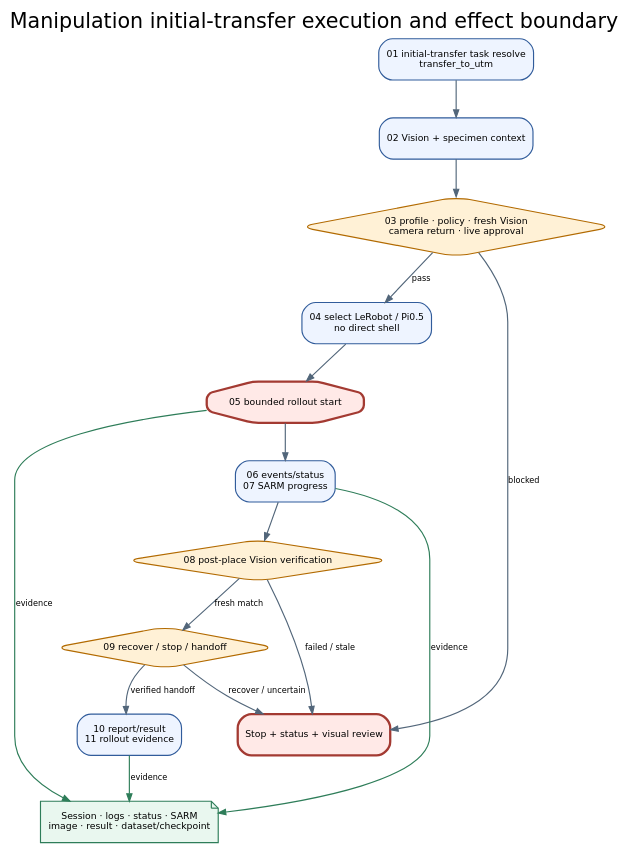
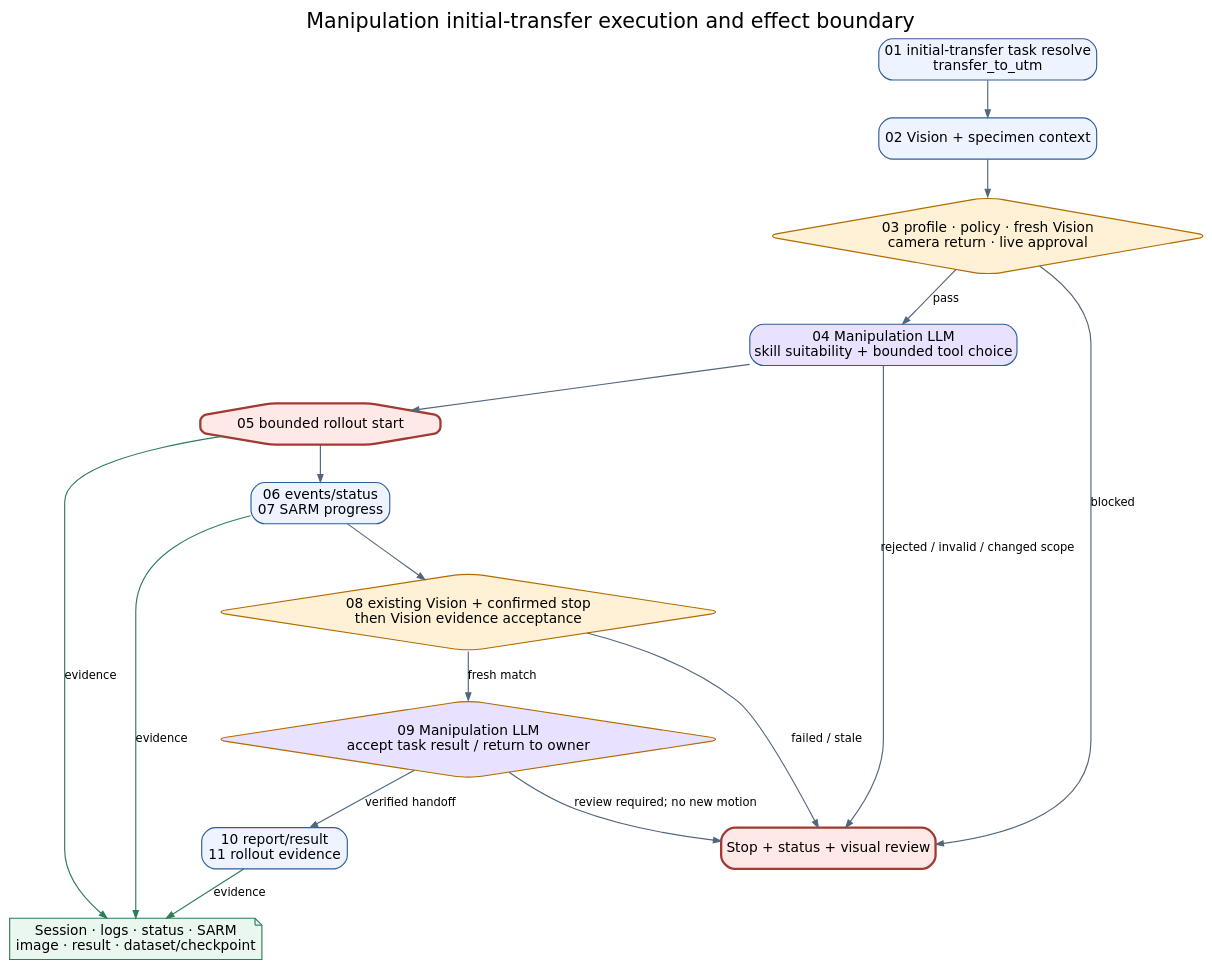
One commit to JIN9811/autonomous_researcher changed the diagram in docs/agents/assets/figures/manipulation_02_execution_effect_boundary.dot. Above: the diagram before and after it, drawn with Graphviz. The commit also changed 23 other files, not shown here.

Commit message:
feat(manipulation): add bounded skill decisions and post-vision result review

```diff
--- a/docs/agents/assets/figures/manipulation_02_execution_effect_boundary.dot
+++ b/docs/agents/assets/figures/manipulation_02_execution_effect_boundary.dot
@@ -1,27 +1,28 @@
 digraph manipulation_execution_effect_boundary {
   graph [rankdir=TB, bgcolor="transparent", pad="0.25", nodesep="0.30", ranksep="0.43", fontname="DejaVu Sans", label="Manipulation initial-transfer execution and effect boundary", labelloc="t", fontsize=18];
-  node [shape=box, style="rounded,filled", fillcolor="#EEF4FF", color="#315C9B", fontname="DejaVu Sans", fontsize=8.1, margin="0.09,0.06"];
-  edge [color="#52667A", fontname="DejaVu Sans", fontsize=7.1, arrowsize=0.65];
+  node [shape=box, style="rounded,filled", fillcolor="#EEF4FF", color="#315C9B", fontname="DejaVu Sans", fontsize=12, margin="0.09,0.06"];
+  edge [color="#52667A", fontname="DejaVu Sans", fontsize=10, arrowsize=0.65];
   resolve [label="01 initial-transfer task resolve\ntransfer_to_utm"];
   context [label="02 Vision + specimen context"];
   gate [label="03 profile · policy · fresh Vision\ncamera return · live approval", shape=diamond, fillcolor="#FFF1D6", color="#B26A00"];
-  backend [label="04 select LeRobot / Pi0.5\nno direct shell"];
+  backend [label="04 Manipulation LLM\nskill suitability + bounded tool choice", fillcolor="#E8E2FF"];
   rollout [label="05 bounded rollout start", shape=octagon, fillcolor="#FFE9E7", color="#A33A32", penwidth=2];
   monitor [label="06 events/status\n07 SARM progress"];
-  verify [label="08 post-place Vision verification", shape=diamond, fillcolor="#FFF1D6", color="#B26A00"];
-  decide [label="09 recover / stop / handoff", shape=diamond, fillcolor="#FFF1D6", color="#B26A00"];
+  verify [label="08 existing Vision + confirmed stop\nthen Vision evidence acceptance", shape=diamond, fillcolor="#FFF1D6", color="#B26A00"];
+  decide [label="09 Manipulation LLM\naccept task result / return to owner", shape=diamond, fillcolor="#E8E2FF", color="#B26A00"];
   report [label="10 report/result\n11 rollout evidence"];
   evidence [label="Session · logs · status · SARM\nimage · result · dataset/checkpoint", shape=note, fillcolor="#E9F7EF", color="#2E7D59"];
   stop [label="Stop + status + visual review", fillcolor="#FFE9E7", color="#A33A32", penwidth=2];
   resolve -> context -> gate;
   gate -> backend [label="pass"];
   gate -> stop [label="blocked"];
   backend -> rollout -> monitor -> verify;
+  backend -> stop [label="rejected / invalid / changed scope"];
   verify -> decide [label="fresh match"];
   verify -> stop [label="failed / stale"];
   decide -> report [label="verified handoff"];
-  decide -> stop [label="recover / uncertain"];
+  decide -> stop [label="review required; no new motion"];
   rollout -> evidence [label="evidence", color="#2E7D59"];
   monitor -> evidence [label="evidence", color="#2E7D59"];
   report -> evidence [label="evidence", color="#2E7D59"];
 }
```
